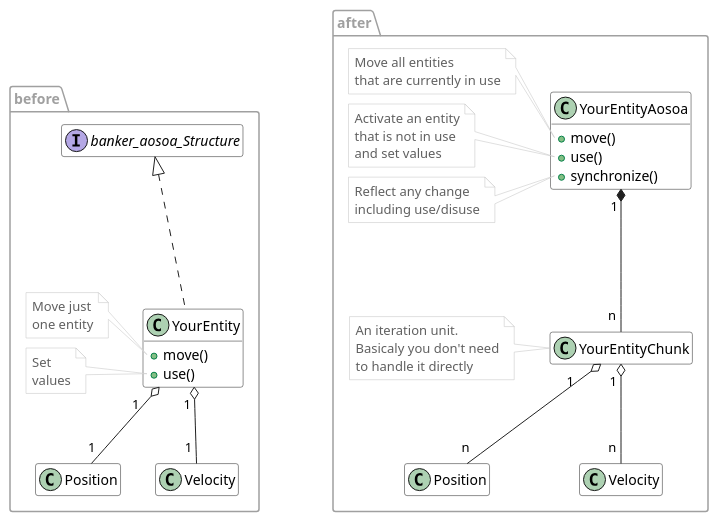
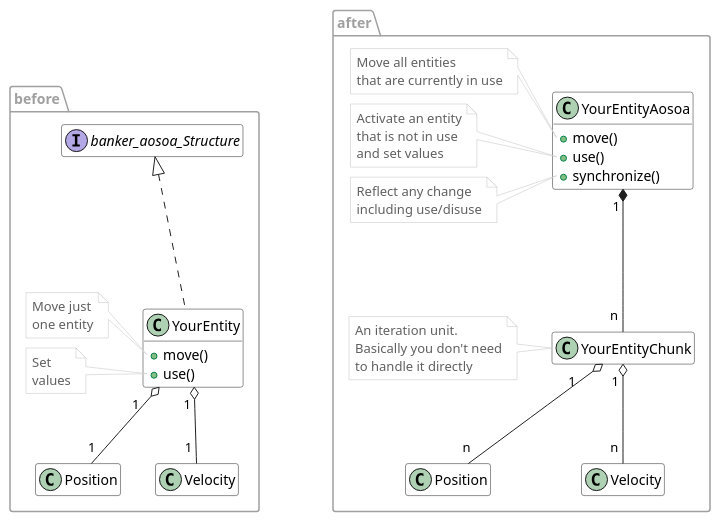
Before and after one commit to fal-works/banker: the diagram in docs/aosoa.puml, drawn with PlantUML. The commit also changed 1 other file, not shown here.

```diff
--- a/docs/aosoa.puml
+++ b/docs/aosoa.puml
@@ -1,95 +1,95 @@
 @startuml aosoa
 
 ' ---- (style) --------------------------------
 
 skinparam shadowing false
 skinparam backgroundColor White
 skinparam package {
   BorderColor #A0A0A0
   FontColor #A0A0A0
 }
 skinparam class {
   BackgroundColor White
   ArrowColor #202020
   BorderColor #202020
   FontColor #000000
 }
 skinparam note {
   BackgroundColor White
   FontColor #606060
   BorderColor #C0C0C0
 }
 skinparam stereotypeIBackgroundColor Lavender
 hide empty members
 
 ' ---- (diagram) ------------------------------
 
 namespace before {
   interface banker_aosoa_Structure
   class YourEntity {
     + move()
     + use()
   }
   class Position
   class Velocity
 
   note left of YourEntity::move
   Move just
   one entity
   end note
 
   note left of YourEntity::use
   Set
   values
   end note
 
   banker_aosoa_Structure <|.. YourEntity
   YourEntity "1    " o-- "1" Position
   YourEntity "1 " o-- "1 " Velocity
 }
 
 namespace after {
   class YourEntityChunk {
   }
 
   class YourEntityAosoa {
     + move()
     + use()
     + synchronize()
   }
 
   note left of YourEntityChunk
   An iteration unit.
-  Basicaly you don't need
+  Basically you don't need
   to handle it directly
   end note
 
   note left of YourEntityAosoa::move
   Move all entities
   that are currently in use
   end note
 
   note left of YourEntityAosoa::use
   Activate an entity
   that is not in use
   and set values
   end note
 
   note left of YourEntityAosoa::synchronize
   Reflect any change
   including use/disuse
   end note
 
 
   class Position
   class Velocity
 
   YourEntityAosoa "1 " *-- "n " YourEntityChunk
   YourEntityChunk "1     " o-- "n " Position
   YourEntityChunk "1 " o-- "n " Velocity
 }
 
 before.YourEntity -[hidden]right- after.YourEntityChunk
 before.banker_aosoa_Structure -[hidden]right- after.Position
 
 @enduml
```
